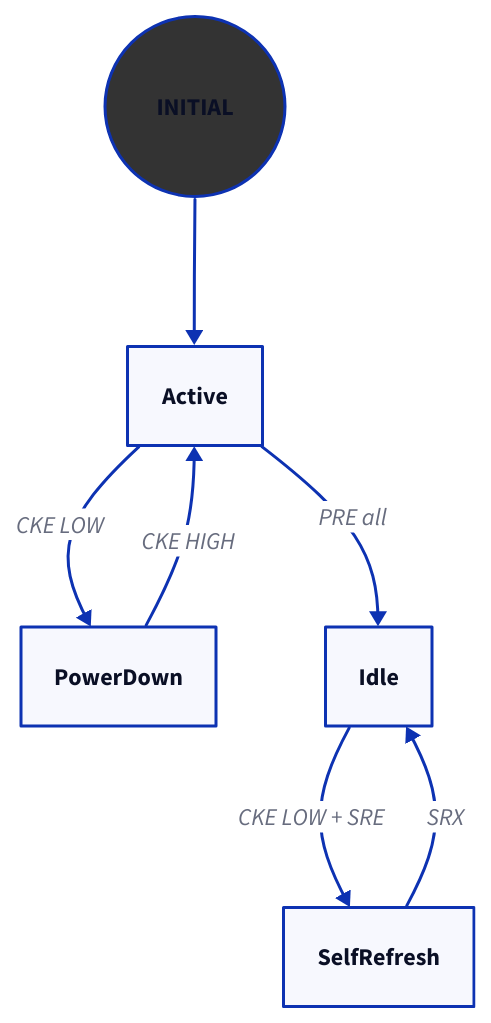
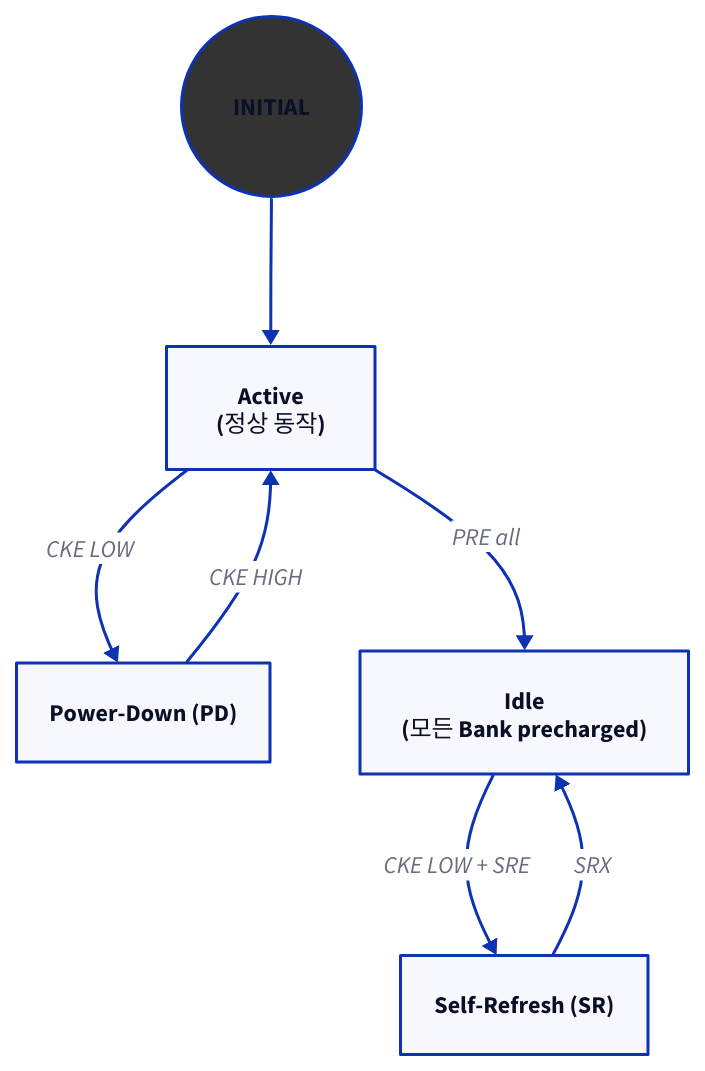
One commit to humbleowl39/DV_SKOOL changed the fourth of 4 diagrams in starlight_site/src/content/docs/dram_ddr/02_memory_controller.md. Above: the diagram before and after it, drawn with D2. The commit also changed other lines of this file and 5 other files, not shown here.

````diff
--- a/starlight_site/src/content/docs/dram_ddr/02_memory_controller.md
+++ b/starlight_site/src/content/docs/dram_ddr/02_memory_controller.md
@@ -491,15 +379,15 @@
 ```d2
 direction: down
 
 INITIAL { shape: circle; style.fill: "#333" }
-INITIAL -> Active
+INITIAL -> Active: ""
+Active: "Active\n(정상 동작)"
+PowerDown: "Power-Down (PD)"
+Idle: "Idle\n(모든 Bank precharged)"
+SelfRefresh: "Self-Refresh (SR)"
 Active -> PowerDown: "CKE LOW"
 PowerDown -> Active: "CKE HIGH"
 Active -> Idle: "PRE all"
 Idle -> SelfRefresh: "CKE LOW + SRE"
 SelfRefresh -> Idle: "SRX"
-# unparsed: note right of Active: 정상 동작
-# unparsed: note right of PowerDown: Power-Down (PD)
-# unparsed: note left of Idle: 모든 Bank precharged
-# unparsed: note left of SelfRefresh: Self-Refresh (SR)
 ```
````
